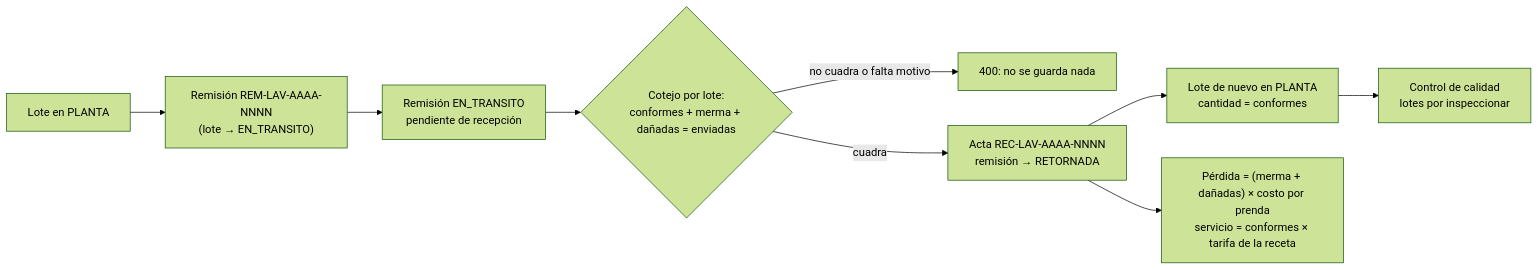
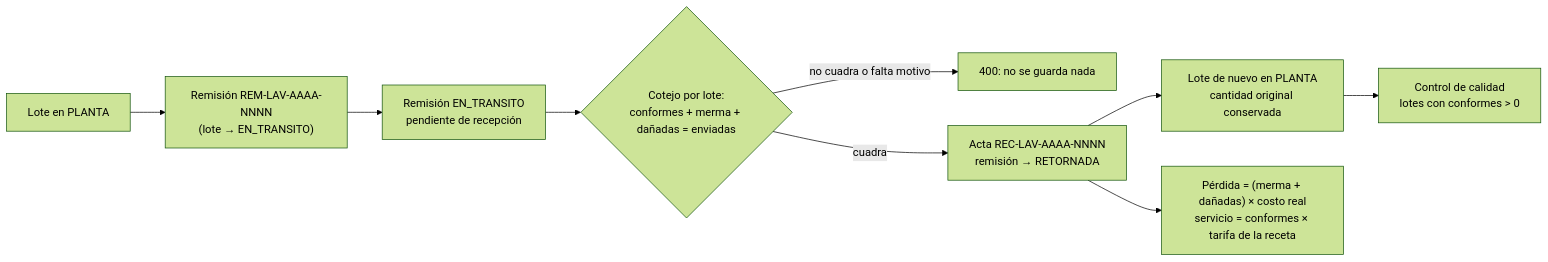
Before and after one commit to BayronVV/TexCoreERP-Backend: the third of 9 diagrams in docs/modulos.md, drawn with Mermaid (forest theme). The commit also changed other lines of this file and 14 other files, not shown here.

````diff
--- a/docs/modulos.md
+++ b/docs/modulos.md
@@ -248,11 +249,11 @@
 ```mermaid
 flowchart LR
     LP["Lote en PLANTA"] --> REM["Remisión REM-LAV-AAAA-NNNN<br/>(lote → EN_TRANSITO)"]
     REM --> ENV["Remisión EN_TRANSITO<br/>pendiente de recepción"]
     ENV --> COT{"Cotejo por lote:<br/>conformes + merma + dañadas = enviadas"}
     COT -- "no cuadra o falta motivo" --> E400["400: no se guarda nada"]
     COT -- "cuadra" --> ACTA["Acta REC-LAV-AAAA-NNNN<br/>remisión → RETORNADA"]
-    ACTA --> LB["Lote de nuevo en PLANTA<br/>cantidad = conformes"]
-    ACTA --> PER["Pérdida = (merma + dañadas) × costo por prenda<br/>servicio = conformes × tarifa de la receta"]
-    LB --> CAL["Control de calidad<br/>lotes por inspeccionar"]
+    ACTA --> LB["Lote de nuevo en PLANTA<br/>cantidad original conservada"]
+    ACTA --> PER["Pérdida = (merma + dañadas) × costo real<br/>servicio = conformes × tarifa de la receta"]
+    LB --> CAL["Control de calidad<br/>lotes con conformes > 0"]
 ```
````
